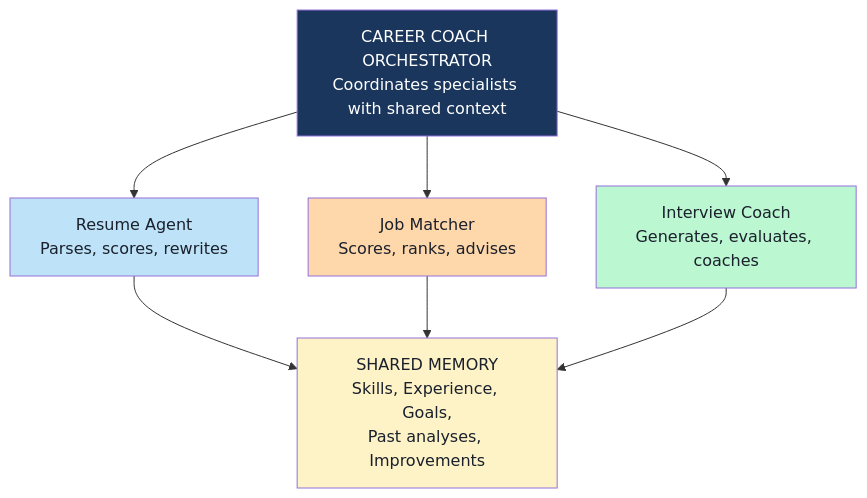
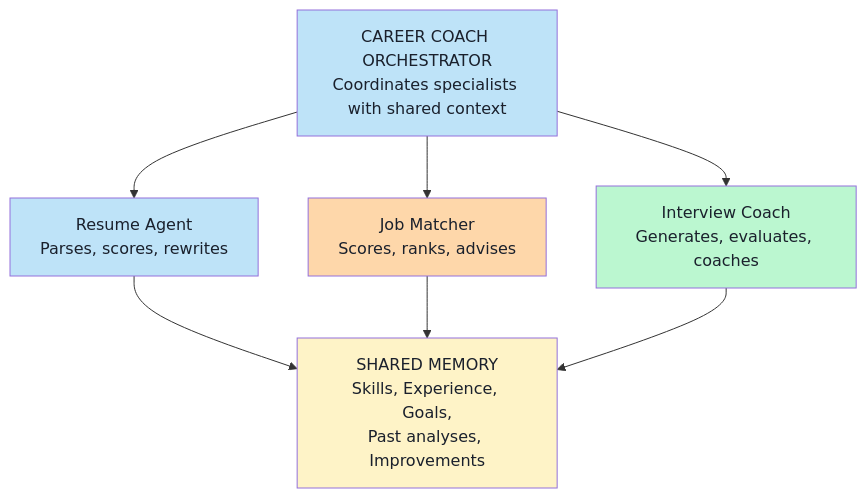
The diagram in module-2-professional-development/case_study.md (moltbot47/agentic-ai-course), drawn with Mermaid before and after one commit. The commit also changed 9 other files, not shown here.

First line of the commit message:
Fix all mermaid boxes to use light fills with dark text

````diff
--- a/module-2-professional-development/case_study.md
+++ b/module-2-professional-development/case_study.md
@@ -20,14 +20,14 @@
 ```mermaid
 flowchart TD
     Orch["CAREER COACH ORCHESTRATOR\nCoordinates specialists with shared context"] --> RA["Resume Agent\nParses, scores, rewrites"]
     Orch --> JM["Job Matcher\nScores, ranks, advises"]
     Orch --> IC["Interview Coach\nGenerates, evaluates, coaches"]
     RA --> Mem["SHARED MEMORY\nSkills, Experience, Goals,\nPast analyses, Improvements"]
     JM --> Mem
     IC --> Mem
-    style Orch fill:#1a365d,color:#fff
+    style Orch fill:#bee3f8,color:#1a202c
     style RA fill:#bee3f8,color:#1a202c
     style JM fill:#fed7aa,color:#1a202c
     style IC fill:#bbf7d0,color:#1a202c
     style Mem fill:#fef3c7,color:#1a202c
 ```
````
